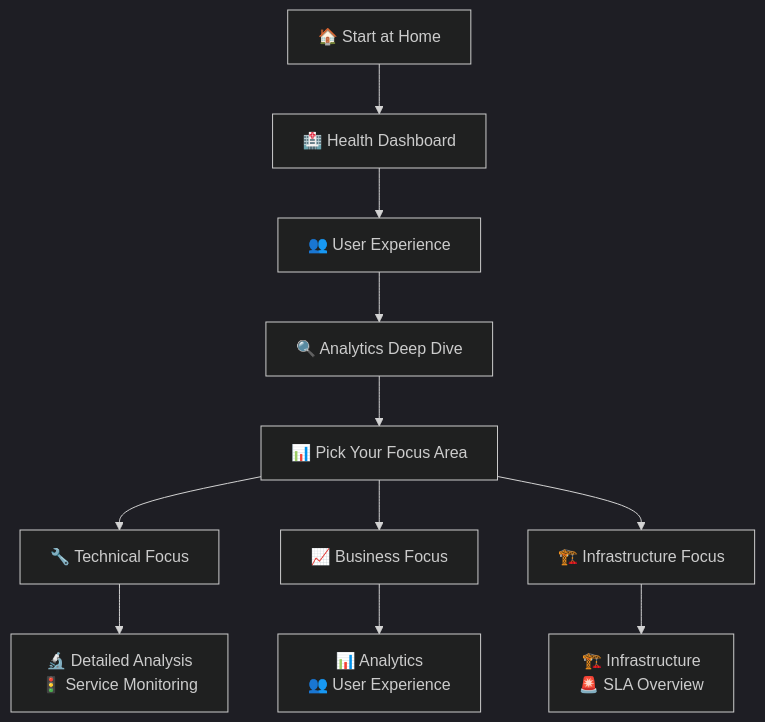
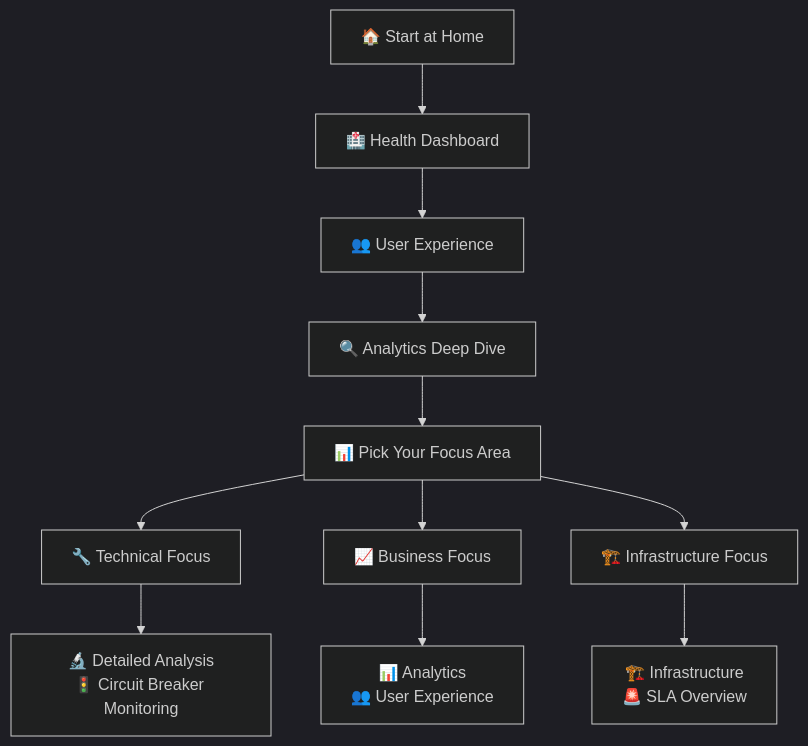
Diagram 12 of 25 in GRAFANA.md (gsinghjay/mvp_qr_gen), drawn with Mermaid (dark theme) before and after one commit. The commit also changed other lines of this file, not shown here.

````diff
--- a/GRAFANA.md
+++ b/GRAFANA.md
@@ -440,15 +440,15 @@
 ```mermaid
 graph TD
     A[🏠 Start at Home] --> B[🏥 Health Dashboard]
     B --> C[👥 User Experience]
     C --> D[🔍 Analytics Deep Dive]
     D --> E[📊 Pick Your Focus Area]
     
     E --> F[🔧 Technical Focus]
     E --> G[📈 Business Focus]
     E --> H[🏗️ Infrastructure Focus]
     
-    F --> F1[🔬 Detailed Analysis<br/>🚦 Service Monitoring]
+    F --> F1[🔬 Detailed Analysis<br/>🚦 Circuit Breaker Monitoring]
     G --> G1[📊 Analytics<br/>👥 User Experience]
     H --> H1[🏗️ Infrastructure<br/>🚨 SLA Overview]
 ```
````
